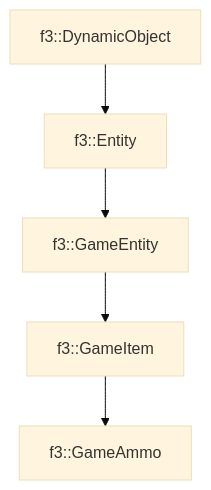
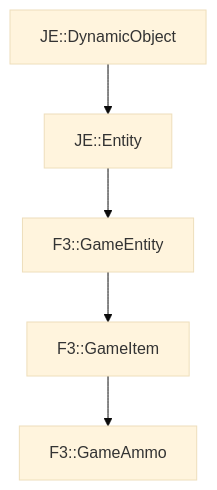
One commit to OpenJE/openvb changed the diagram in docs/f3/GameAmmo.md. Above: the diagram before and after it, drawn with Mermaid (base theme). The commit also changed other lines of this file and 1399 other files, not shown here.

````diff
--- a/docs/f3/GameAmmo.md
+++ b/docs/f3/GameAmmo.md
@@ -19,7 +19,7 @@
 ```mermaid
 graph TD;
-    f3::DynamicObject --> f3::Entity
-    f3::Entity --> f3::GameEntity
-    f3::GameEntity --> f3::GameItem
-    f3::GameItem --> f3::GameAmmo
+    JE::DynamicObject --> JE::Entity
+    JE::Entity --> F3::GameEntity
+    F3::GameEntity --> F3::GameItem
+    F3::GameItem --> F3::GameAmmo
 ```
````
